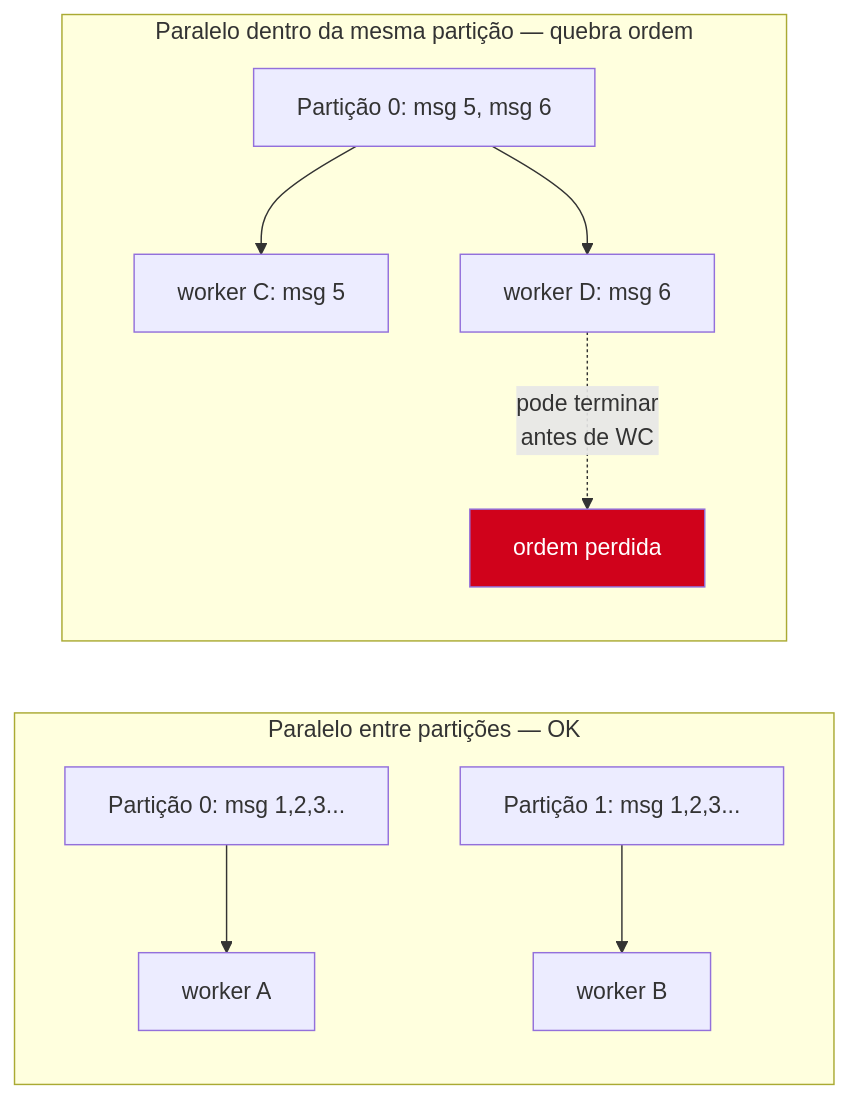
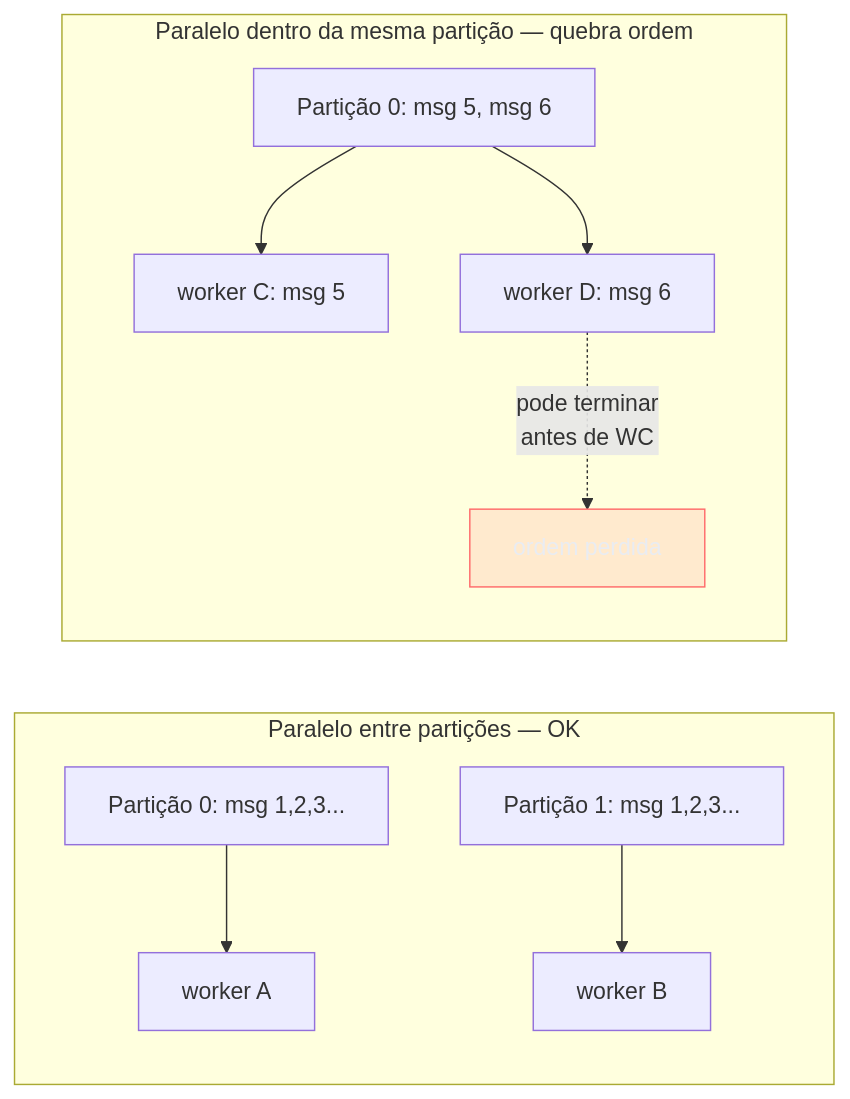
The third of 3 diagrams in 03-Dominios/Tecnologia/Go/13 - Mensageria/04 - Consumers e workers.md (josenaldo/codex-technomanticus), drawn with Mermaid before and after one commit. The commit also changed other lines of this file and 1181 other files, not shown here.

First line of the commit message:
fix(diagramas): paleta do sistema no lugar de cor cravada no markdown

````diff
--- a/03-Dominios/Tecnologia/Go/13 - Mensageria/04 - Consumers e workers.md
+++ b/03-Dominios/Tecnologia/Go/13 - Mensageria/04 - Consumers e workers.md
@@ -196,16 +197,17 @@
 ```mermaid
 flowchart LR
+    classDef falha fill:#FF6B6B24,stroke:#FF6B6B,color:#E9ECF2
     subgraph OK["Paralelo entre partições — OK"]
         direction TB
         PA["Partição 0: msg 1,2,3..."] --> WA["worker A"]
         PB["Partição 1: msg 1,2,3..."] --> WB["worker B"]
     end
     subgraph Risco["Paralelo dentro da mesma partição — quebra ordem"]
         direction TB
         PC["Partição 0: msg 5, msg 6"] --> WC["worker C: msg 5"]
         PC --> WD["worker D: msg 6"]
         WD -.->|"pode terminar\nantes de WC"| X["ordem perdida"]
     end
 
-    style X fill:#D0021B,color:#fff
+    class X falha
 ```
````
